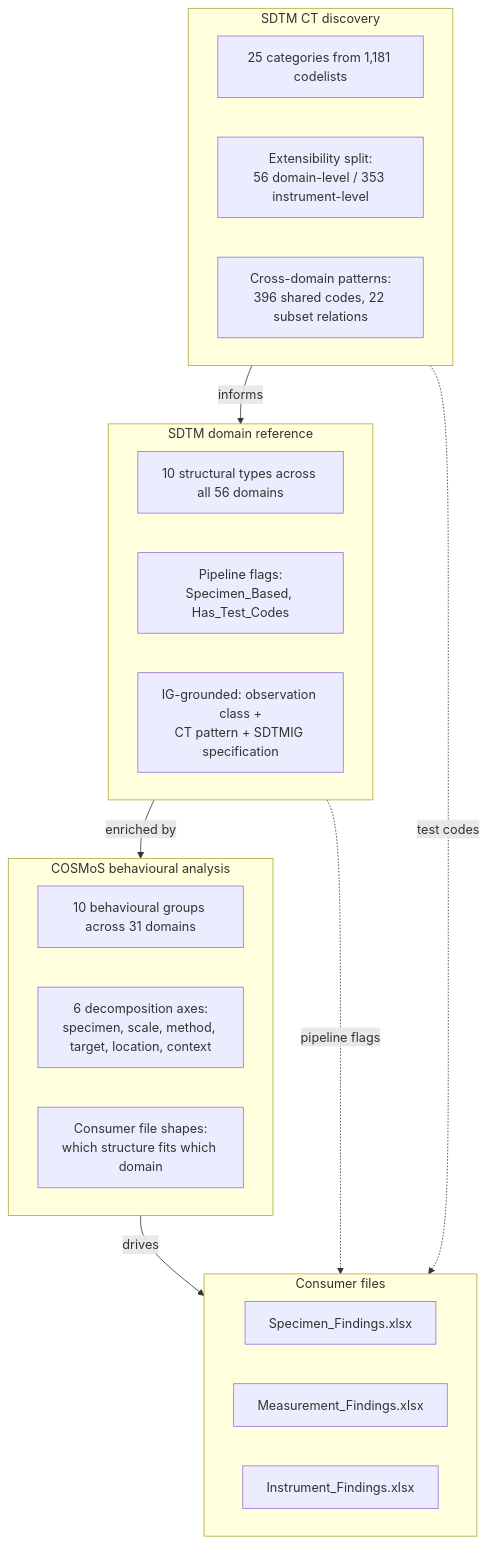
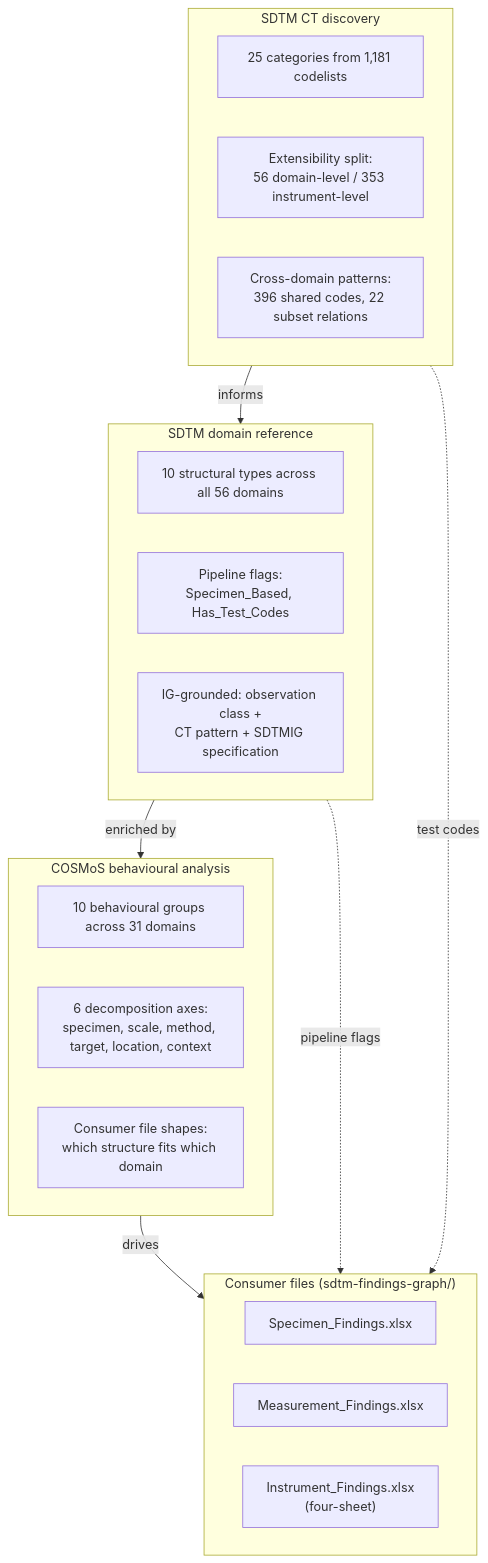
Before and after one commit to kerfors/cdisc-for-ai: the diagram in SDTM_Domain_Overview.md, drawn with Mermaid. The commit also changed other lines of this file and 8 other files, not shown here.

First line of the commit message:
docs(readmes+overview): align with graph-fed architecture

````diff
--- a/SDTM_Domain_Overview.md
+++ b/SDTM_Domain_Overview.md
@@ -23,33 +23,33 @@
 ```mermaid
 graph TD
     subgraph CT["SDTM CT discovery"]
         CT1["25 categories from 1,181 codelists"]
         CT2["Extensibility split:<br/>56 domain-level / 353 instrument-level"]
         CT3["Cross-domain patterns:<br/>396 shared codes, 22 subset relations"]
     end
 
     subgraph DR["SDTM domain reference"]
         DR1["10 structural types across all 56 domains"]
         DR2["Pipeline flags:<br/>Specimen_Based, Has_Test_Codes"]
         DR3["IG-grounded: observation class +<br/>CT pattern + SDTMIG specification"]
     end
 
     subgraph BA["COSMoS behavioural analysis"]
         BA1["10 behavioural groups across 31 domains"]
         BA2["6 decomposition axes:<br/>specimen, scale, method, target, location, context"]
         BA3["Consumer file shapes:<br/>which structure fits which domain"]
     end
 
     CT -->|informs| DR
     DR -->|enriched by| BA
 
-    subgraph CF["Consumer files"]
+    subgraph CF["Consumer files (sdtm-findings-graph/)"]
         CF1["Specimen_Findings.xlsx"]
         CF2["Measurement_Findings.xlsx"]
-        CF3["Instrument_Findings.xlsx"]
+        CF3["Instrument_Findings.xlsx<br/>(four-sheet)"]
     end
 
     BA -->|drives| CF
     DR -.->|pipeline flags| CF
     CT -.->|test codes| CF
 ```
````
